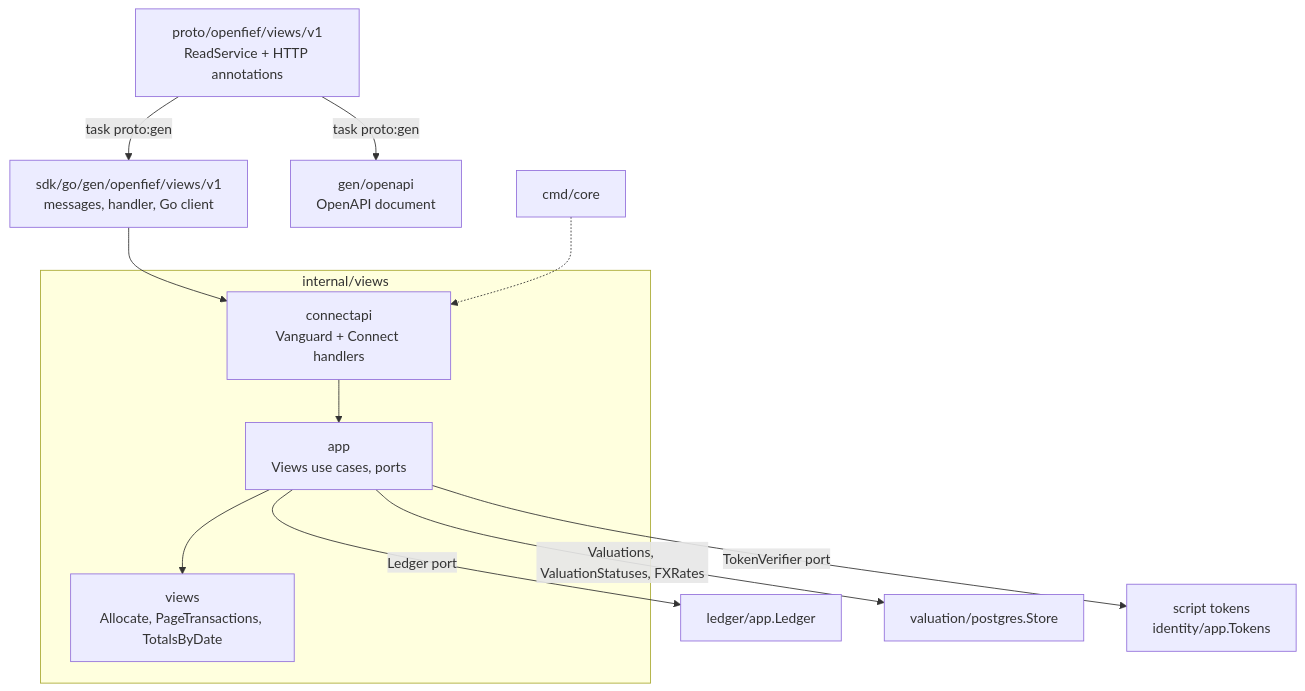
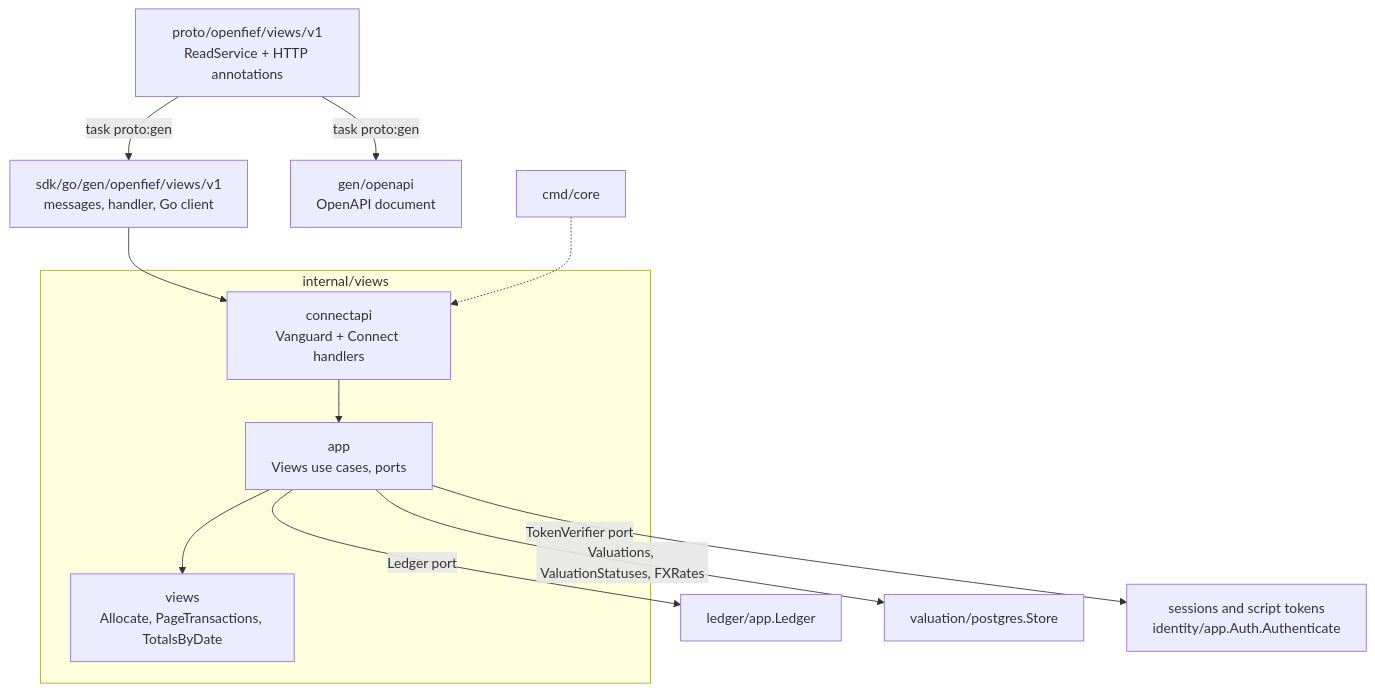
Before and after one commit to arkadiuss/openfief: the first of 3 diagrams in docs/concepts/read-api.md, drawn with Mermaid. The commit also changed other lines of this file and 278 other files, not shown here.

First line of the commit message:
feat(identity): passkeys, sessions and the AuthService in the core

````diff
--- a/docs/concepts/read-api.md
+++ b/docs/concepts/read-api.md
@@ -61,17 +61,17 @@
 ```mermaid
 flowchart TB
   proto["proto/openfief/views/v1<br/>ReadService + HTTP annotations"] -- "task proto:gen" --> gen["sdk/go/gen/openfief/views/v1<br/>messages, handler, Go client"]
   proto -- "task proto:gen" --> oas["gen/openapi<br/>OpenAPI document"]
   subgraph views["internal/views"]
     connectapi["connectapi<br/>Vanguard + Connect handlers"]
     app["app<br/>Views use cases, ports"]
     pure["views<br/>Allocate, PageTransactions, TotalsByDate"]
   end
   gen --> connectapi
   connectapi --> app
   app --> pure
   app -- "Ledger port" --> ledger["ledger/app.Ledger"]
   app -- "Valuations, ValuationStatuses, FXRates" --> vstore["valuation/postgres.Store"]
-  app -- "TokenVerifier port" --> tokens["script tokens<br/>identity/app.Tokens"]
+  app -- "TokenVerifier port" --> tokens["sessions and script tokens<br/>identity/app.Auth.Authenticate"]
   bin["cmd/core"] -.-> connectapi
 ```
````
